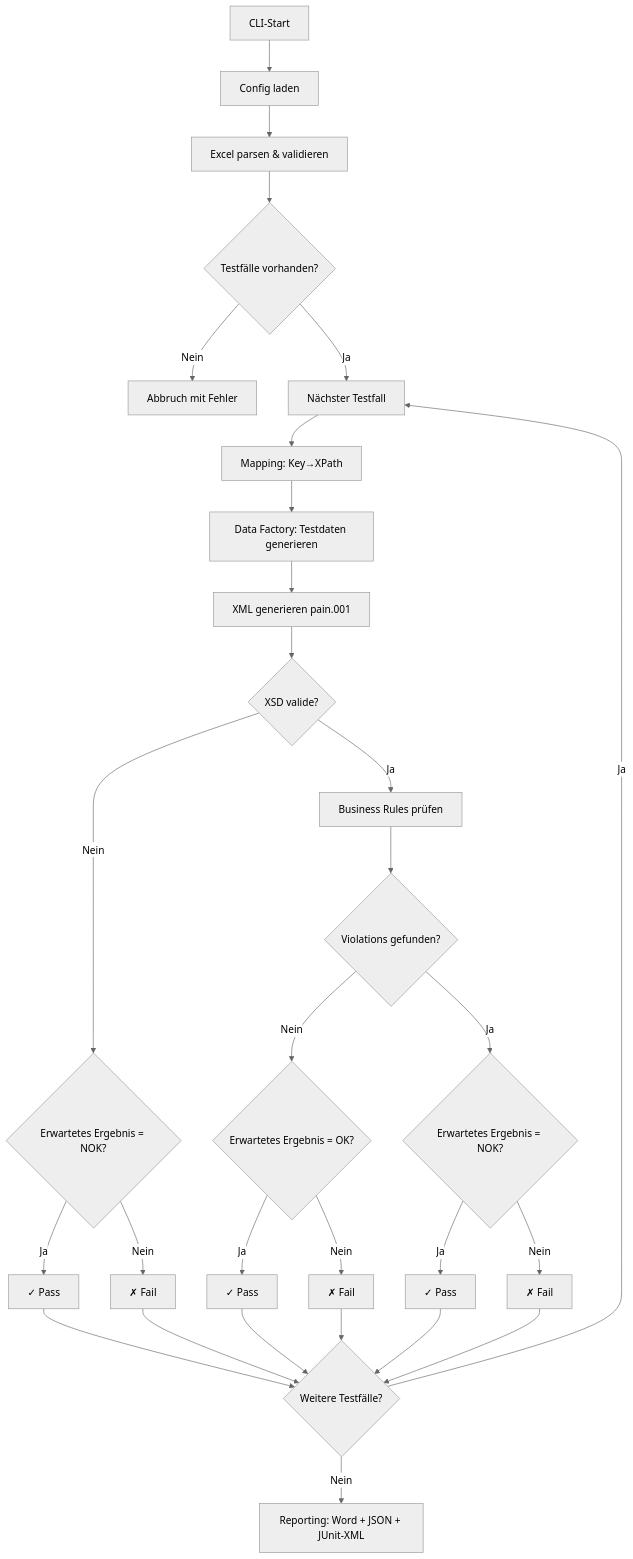
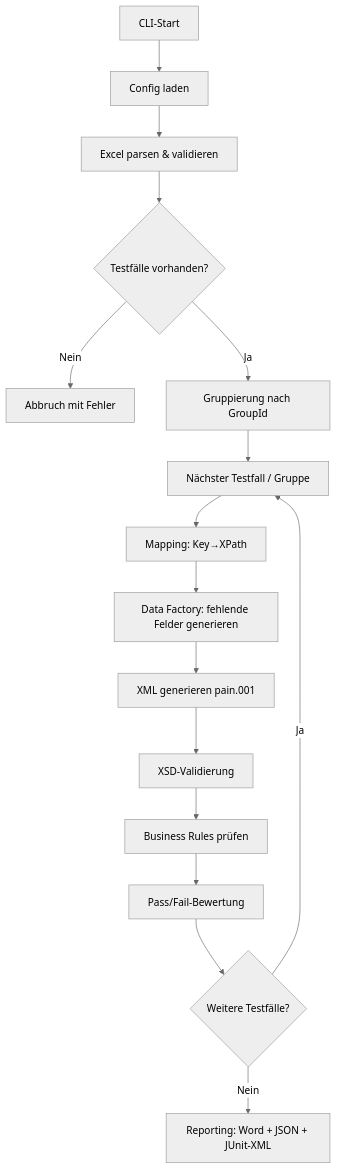
The first of 3 diagrams in README.md (Sebastenhauer/iso20022tester), drawn with Mermaid (neutral theme) before and after one commit. The commit also changed other lines of this file, not shown here.

````diff
--- a/README.md
+++ b/README.md
@@ -20,26 +24,18 @@
 ```mermaid
 flowchart TD
     A[CLI-Start] --> B[Config laden]
     B --> C[Excel parsen & validieren]
     C --> D{Testfälle vorhanden?}
     D -- Nein --> E[Abbruch mit Fehler]
-    D -- Ja --> F[Nächster Testfall]
-    F --> G[Mapping: Key→XPath]
-    G --> H[Data Factory: Testdaten generieren]
-    H --> I[XML generieren pain.001]
-    I --> J{XSD valide?}
-    J -- Nein --> K{Erwartetes Ergebnis = NOK?}
-    K -- Ja --> L[✓ Pass]
-    K -- Nein --> M[✗ Fail]
-    J -- Ja --> N[Business Rules prüfen]
-    N --> O{Violations gefunden?}
-    O -- Nein --> P{Erwartetes Ergebnis = OK?}
-    P -- Ja --> Q[✓ Pass]
-    P -- Nein --> R[✗ Fail]
-    O -- Ja --> S{Erwartetes Ergebnis = NOK?}
-    S -- Ja --> T[✓ Pass]
-    S -- Nein --> U[✗ Fail]
-    L & M & Q & R & T & U --> V{Weitere Testfälle?}
-    V -- Ja --> F
-    V -- Nein --> W[Reporting: Word + JSON + JUnit-XML]
+    D -- Ja --> F[Gruppierung nach GroupId]
+    F --> G[Nächster Testfall / Gruppe]
+    G --> H[Mapping: Key→XPath]
+    H --> I[Data Factory: fehlende Felder generieren]
+    I --> J[XML generieren pain.001]
+    J --> K[XSD-Validierung]
+    K --> L[Business Rules prüfen]
+    L --> M[Pass/Fail-Bewertung]
+    M --> N{Weitere Testfälle?}
+    N -- Ja --> G
+    N -- Nein --> O[Reporting: Word + JSON + JUnit-XML]
 ```
````
